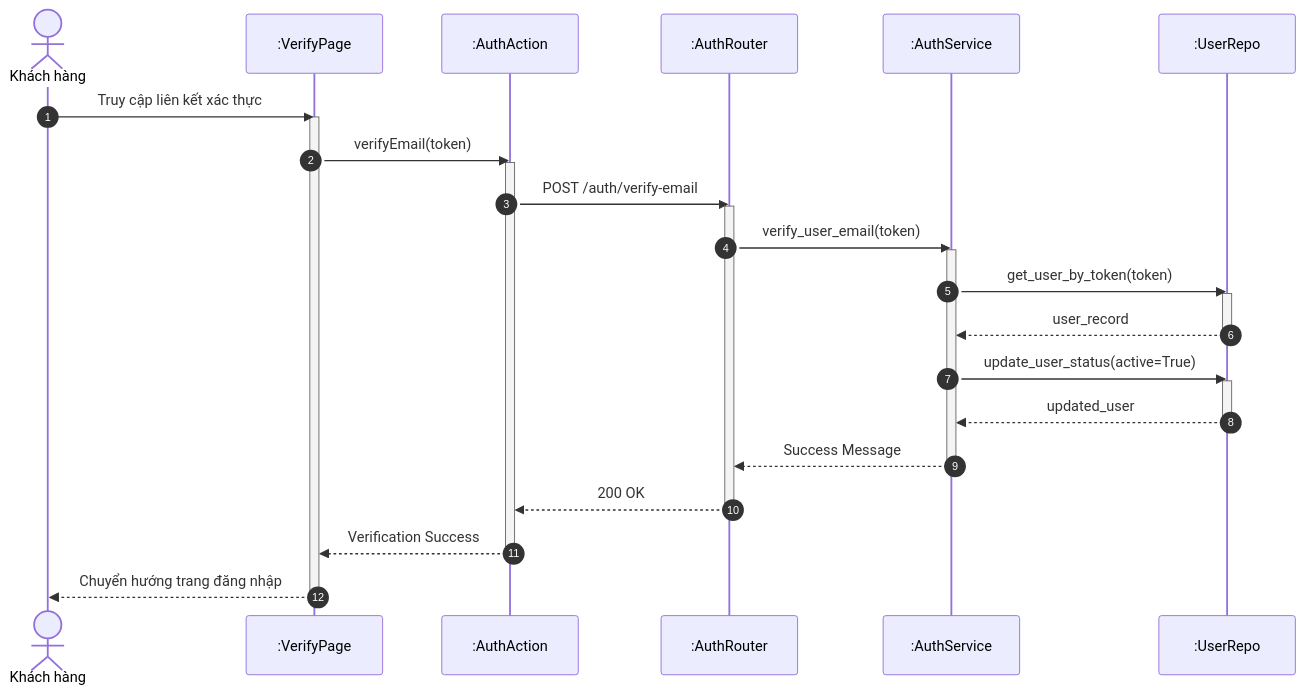
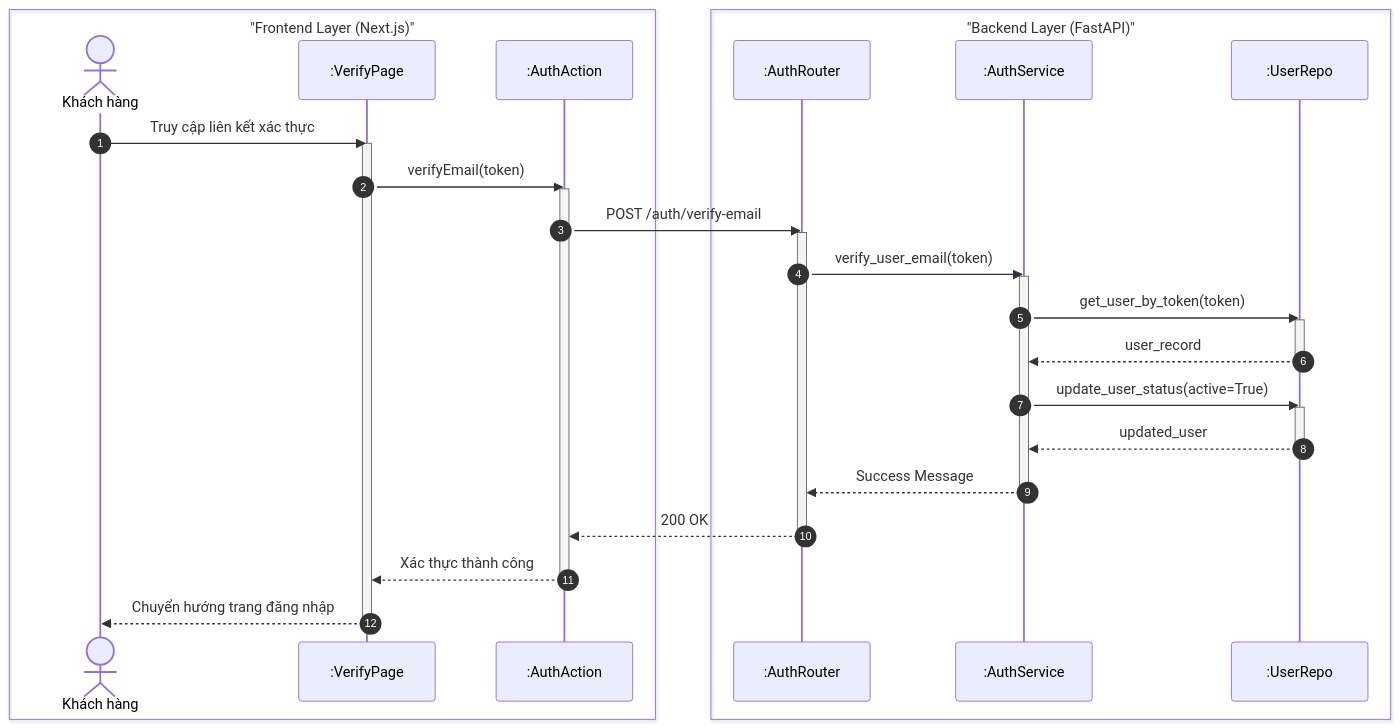
One commit to ngoctinn/Synapse changed the second of 8 diagrams in docs/design/sequences/authentication.md. Above: the diagram before and after it, drawn with Mermaid. The commit also changed other lines of this file and 4 other files, not shown here.

Commit message:
docs: Add initial sequence diagrams for authentication, customer, technician, receptionist, and admin flows.

````diff
--- a/docs/design/sequences/authentication.md
+++ b/docs/design/sequences/authentication.md
@@ -79,43 +84,48 @@
 ```mermaid
 sequenceDiagram
     autonumber
-    actor KH as Khách hàng
-    participant UI as :VerifyPage
-    participant BFF as :AuthAction
-    participant API as :AuthRouter
-    participant S as :AuthService
-    participant DB as :UserRepo
+    box "Frontend Layer (Next.js)"
+        actor KH as Khách hàng
+        participant UI as :VerifyPage
+        participant BFF as :AuthAction
+    end
+
+    box "Backend Layer (FastAPI)"
+        participant API as :AuthRouter
+        participant S as :AuthService
+        participant DB as :UserRepo
+    end
 
     KH->>UI: Truy cập liên kết xác thực
     activate UI
     UI->>BFF: verifyEmail(token)
     activate BFF
 
     BFF->>API: POST /auth/verify-email
     activate API
 
     API->>S: verify_user_email(token)
     activate S
 
     S->>DB: get_user_by_token(token)
     activate DB
     DB-->>S: user_record
     deactivate DB
 
     S->>DB: update_user_status(active=True)
     activate DB
     DB-->>S: updated_user
     deactivate DB
 
     S-->>API: Success Message
     deactivate S
 
     API-->>BFF: 200 OK
     deactivate API
 
-    BFF-->>UI: Verification Success
+    BFF-->>UI: Xác thực thành công
     deactivate BFF
 
     UI-->>KH: Chuyển hướng trang đăng nhập
     deactivate UI
 ```
````
